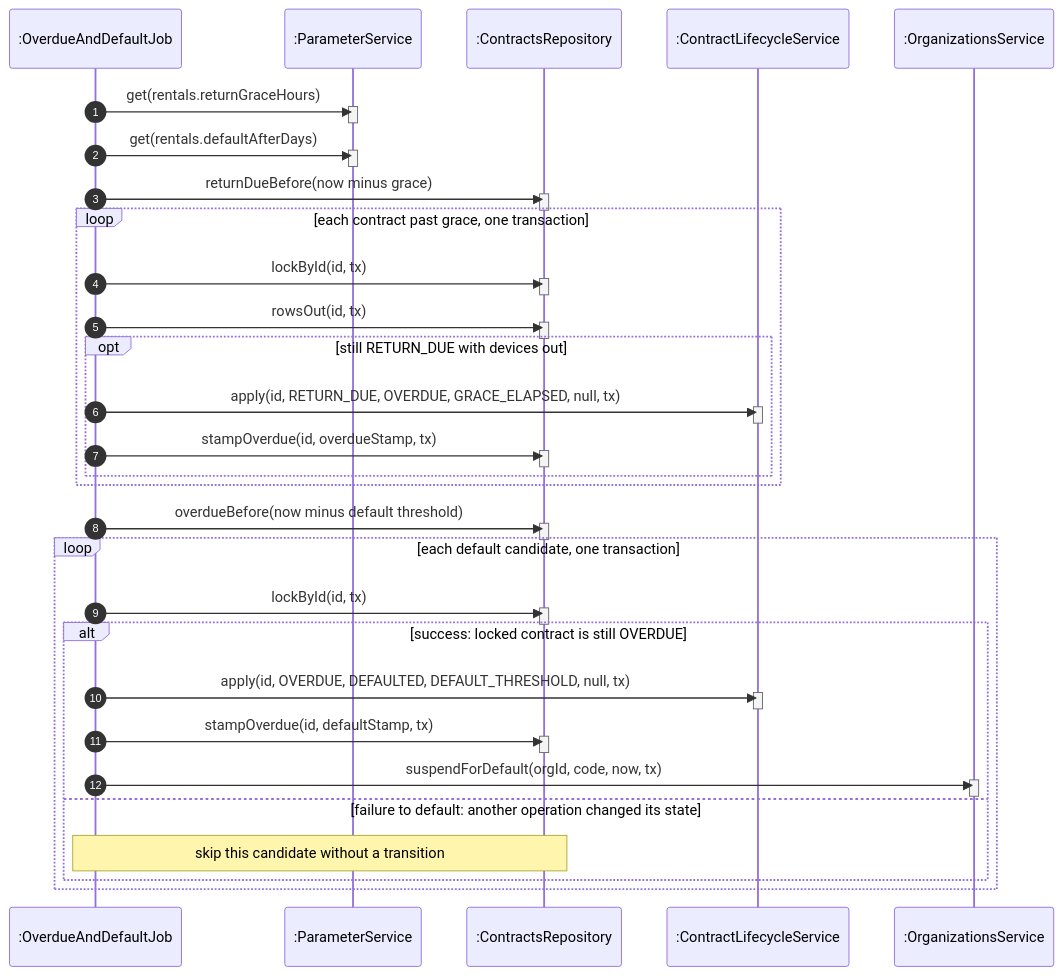
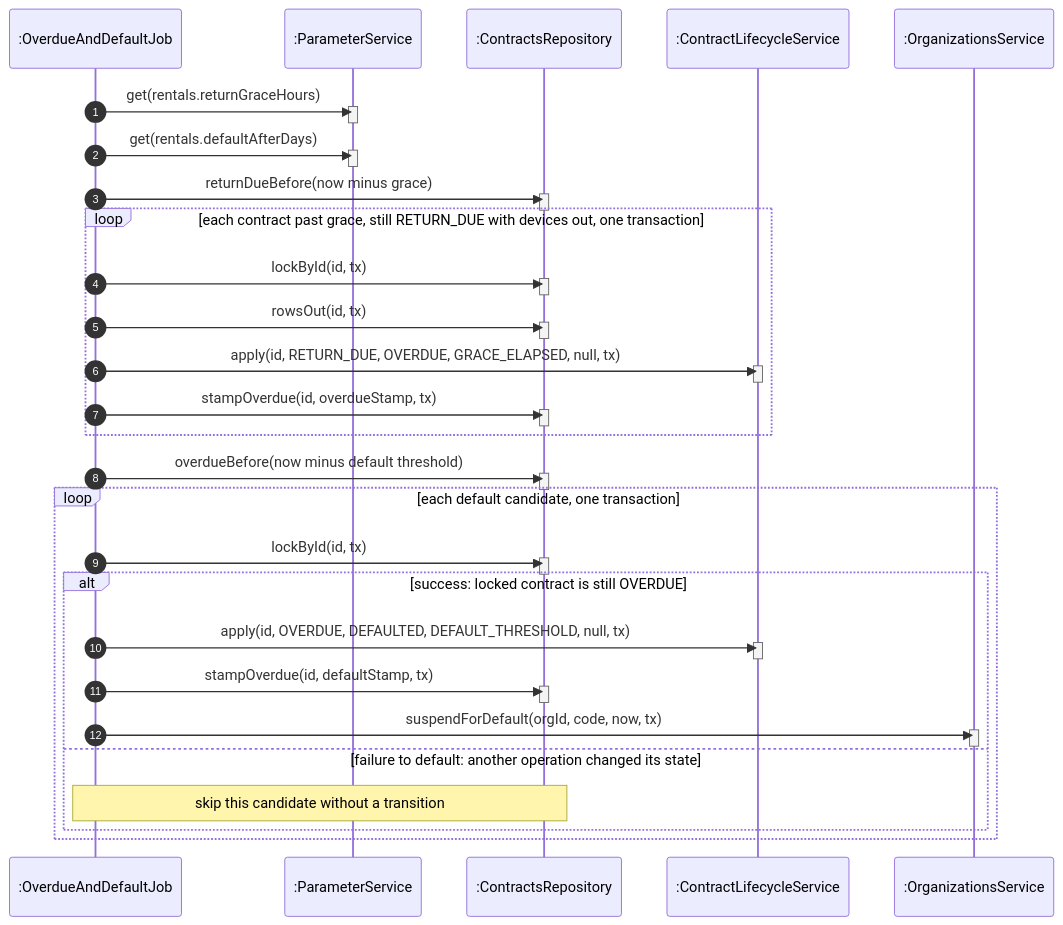
One commit to TrekLink-Team/treklink-web changed diagram 29 of 29 in specs/rentals/design.md. Above: the diagram before and after it, drawn with Mermaid. The commit also changed other lines of this file and 2 other files, not shown here.

First line of the commit message:
docs: UC-24 renewal only, no opt blocks, named return types (review of #113)

````diff
--- a/specs/rentals/design.md
+++ b/specs/rentals/design.md
@@ -1205,55 +1186,53 @@
 ```mermaid
 sequenceDiagram
     autonumber
     participant J as :OverdueAndDefaultJob
     participant Pm as :ParameterService
     participant R as :ContractsRepository
     participant L as :ContractLifecycleService
     participant O as :OrganizationsService
     J->>Pm: get(rentals.returnGraceHours)
     activate Pm
     deactivate Pm
     J->>Pm: get(rentals.defaultAfterDays)
     activate Pm
     deactivate Pm
     J->>R: returnDueBefore(now minus grace)
     activate R
     deactivate R
-    loop each contract past grace, one transaction
+    loop each contract past grace, still RETURN_DUE with devices out, one transaction
         J->>R: lockById(id, tx)
         activate R
         deactivate R
         J->>R: rowsOut(id, tx)
         activate R
         deactivate R
-        opt still RETURN_DUE with devices out
-            J->>L: apply(id, RETURN_DUE, OVERDUE, GRACE_ELAPSED, null, tx)
-            activate L
-            deactivate L
-            J->>R: stampOverdue(id, overdueStamp, tx)
-            activate R
-            deactivate R
-        end
+        J->>L: apply(id, RETURN_DUE, OVERDUE, GRACE_ELAPSED, null, tx)
+        activate L
+        deactivate L
+        J->>R: stampOverdue(id, overdueStamp, tx)
+        activate R
+        deactivate R
     end
     J->>R: overdueBefore(now minus default threshold)
     activate R
     deactivate R
     loop each default candidate, one transaction
         J->>R: lockById(id, tx)
         activate R
         deactivate R
         alt success: locked contract is still OVERDUE
             J->>L: apply(id, OVERDUE, DEFAULTED, DEFAULT_THRESHOLD, null, tx)
             activate L
             deactivate L
             J->>R: stampOverdue(id, defaultStamp, tx)
             activate R
             deactivate R
             J->>O: suspendForDefault(orgId, code, now, tx)
             activate O
             deactivate O
         else failure to default: another operation changed its state
             Note over J,R: skip this candidate without a transition
         end
     end
 ```
````
